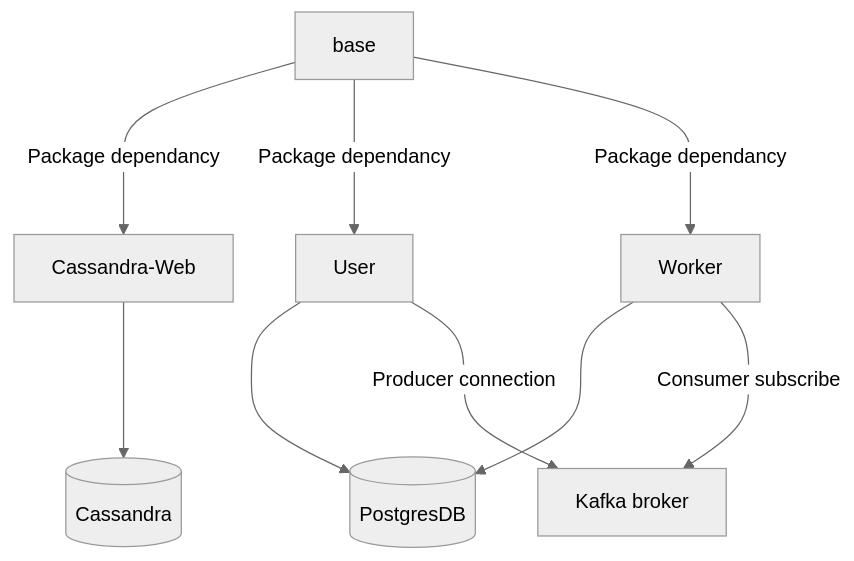
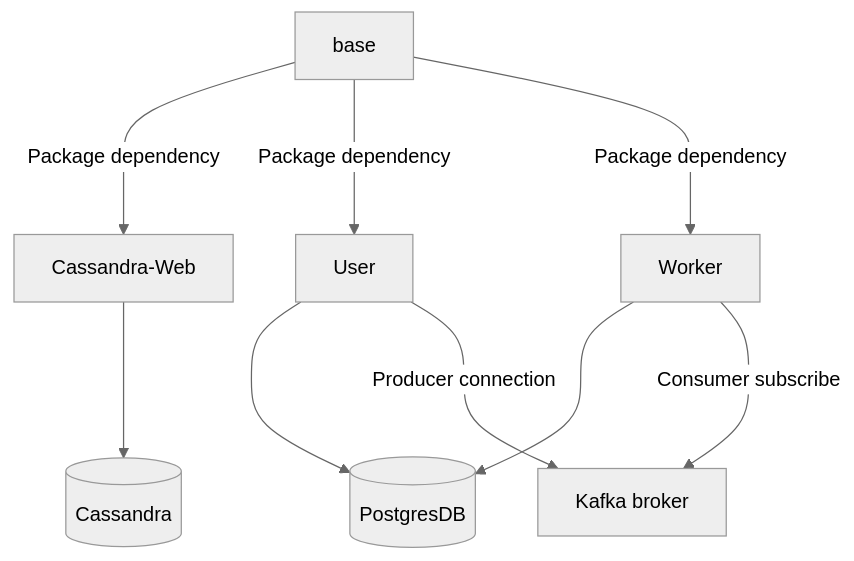
Before and after one commit to savenkovao/nodejs-starter: the first of 2 diagrams in README.md, drawn with Mermaid (neutral theme). The commit also changed other lines of this file and 1 other file, not shown here.

````diff
--- a/README.md
+++ b/README.md
@@ -140,15 +140,15 @@
 ```mermaid
 flowchart TB
 postgres[(PostgresDB)]
 cassandra[(Cassandra)]
 user[User]
 worker[Worker]
 base
 cassandra-web[Cassandra-Web]
 kafka[Kafka broker]
-    base --->|Package dependancy| cassandra-web & user & worker;
+    base --->|Package dependency| cassandra-web & user & worker;
     user & worker ---> postgres;
     cassandra-web ---> cassandra;
     worker --->|Consumer subscribe| kafka;
     user --->|Producer connection| kafka;
 ```
````
